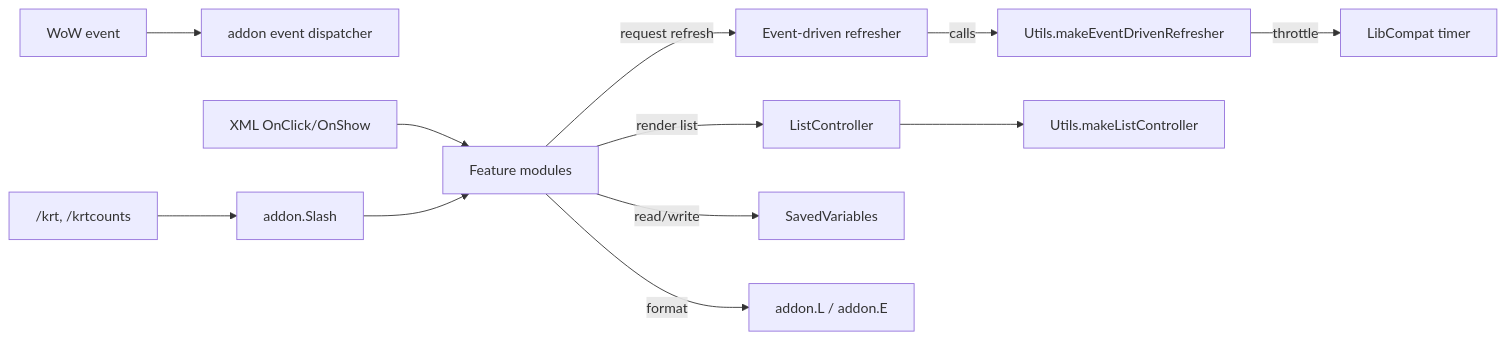
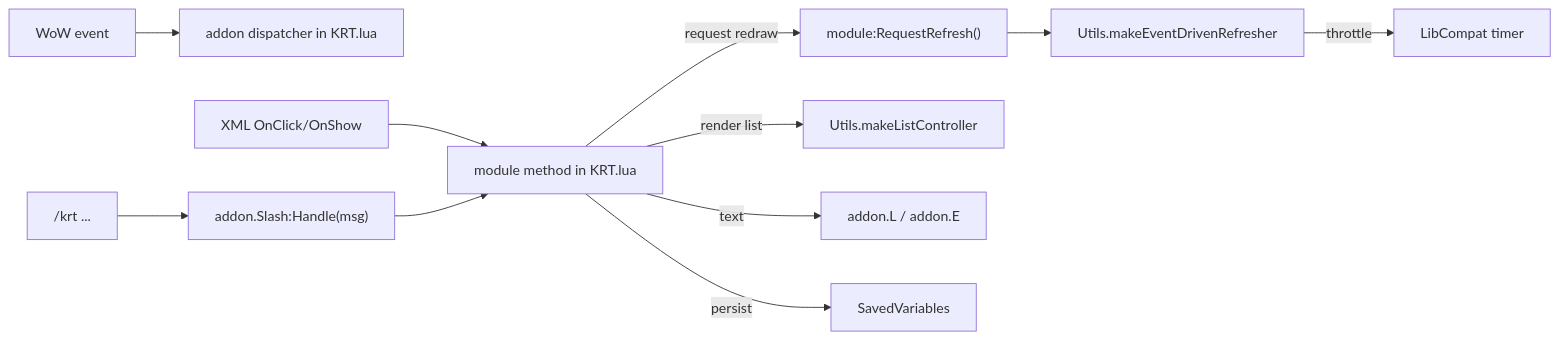
Before and after one commit to sk1zzovsmx/KRT-improved: the second of 2 diagrams in OVERVIEW.md, drawn with Mermaid. The commit also changed other lines of this file and 4 other files, not shown here.

````diff
--- a/OVERVIEW.md
+++ b/OVERVIEW.md
@@ -121,16 +133,14 @@
 ```mermaid
 flowchart LR
-  W["WoW event"] --> EVT["addon event dispatcher"]
-  UI["XML OnClick/OnShow"] --> M["Feature modules"]
-  SL["/krt, /krtcounts"] --> Slash["addon.Slash"] --> M
+  W["WoW event"] --> EVT["addon dispatcher in KRT.lua"]
+  UI["XML OnClick/OnShow"] --> M["module method in KRT.lua"]
+  SL["/krt ..."] --> SC["addon.Slash:Handle(msg)"] --> M
 
-  M -->|request refresh| R["Event-driven refresher"]
-  R -->|calls| U["Utils.makeEventDrivenRefresher"]
+  M -->|request redraw| R["module:RequestRefresh()"]
+  R --> U["Utils.makeEventDrivenRefresher"]
   U -->|throttle| T["LibCompat timer"]
 
-  M -->|render list| LC["ListController"]
-  LC --> U2["Utils.makeListController"]
-
-  M -->|read/write| SV["SavedVariables"]
-  M -->|format| L["addon.L / addon.E"]
+  M -->|render list| LC["Utils.makeListController"]
+  M -->|text| L["addon.L / addon.E"]
+  M -->|persist| SV["SavedVariables"]
 ```
````
